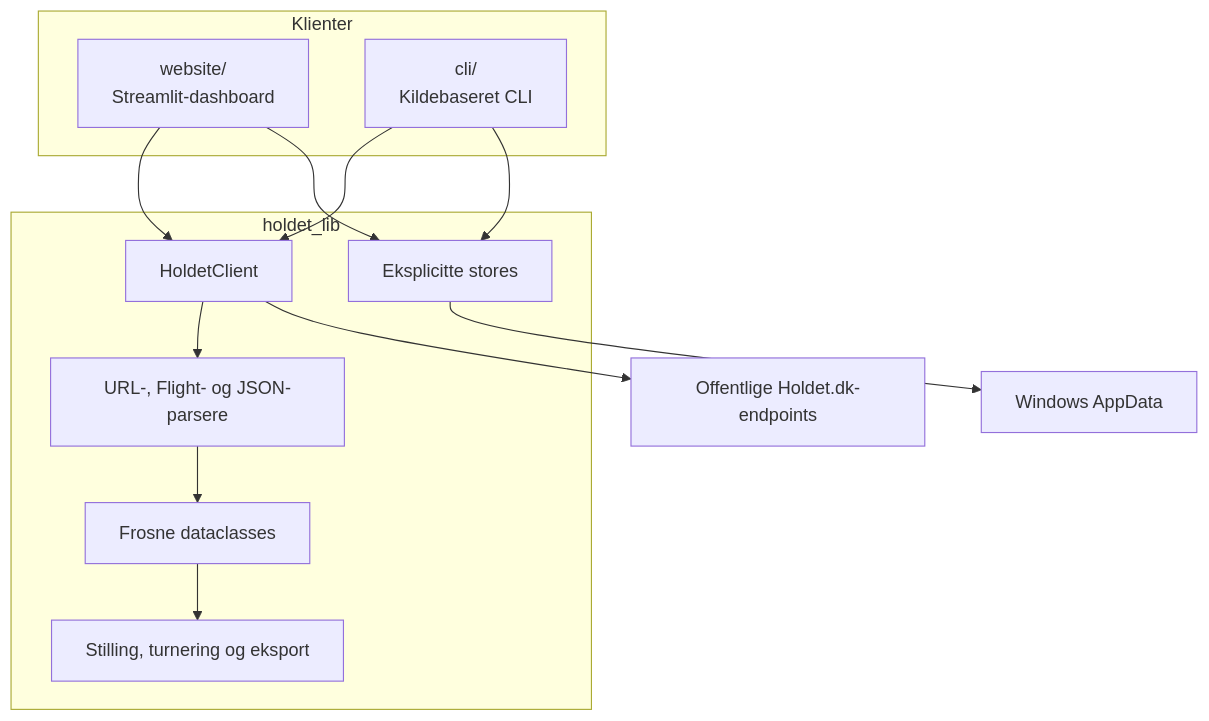
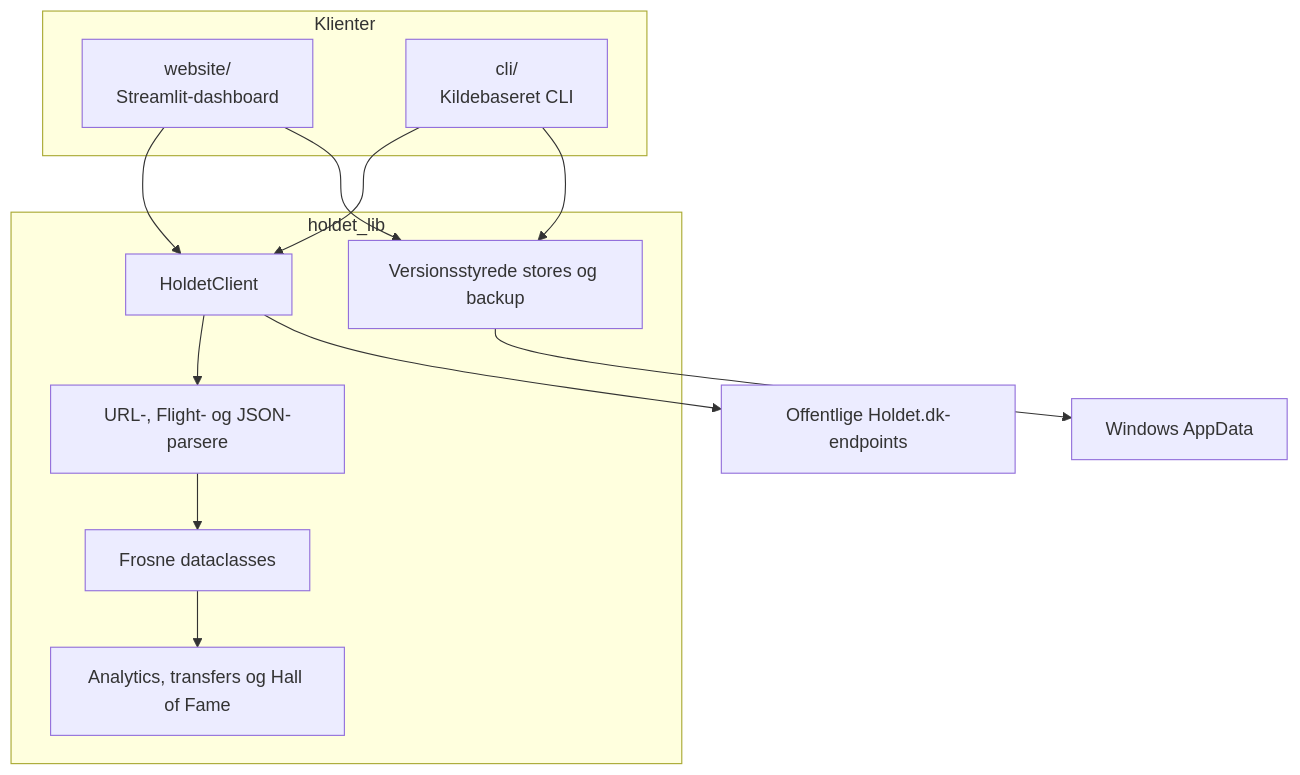
The first of 2 diagrams in docs/architecture.md (Peter537/holdet-fantasy-hub), drawn with Mermaid before and after one commit. The commit also changed other lines of this file and 24 other files, not shown here.

````diff
--- a/docs/architecture.md
+++ b/docs/architecture.md
@@ -7,25 +7,23 @@
 ```mermaid
 flowchart TB
     subgraph Clients["Klienter"]
         Web["website/\nStreamlit-dashboard"]
         Cli["cli/\nKildebaseret CLI"]
     end
-
     subgraph Library["holdet_lib"]
         Client["HoldetClient"]
         Parsing["URL-, Flight- og JSON-parsere"]
         Domain["Frosne dataclasses"]
-        Services["Stilling, turnering og eksport"]
-        Stores["Eksplicitte stores"]
+        Builders["Analytics, transfers og Hall of Fame"]
+        Stores["Versionsstyrede stores og backup"]
     end
-
     Web --> Client
     Cli --> Client
     Client --> Parsing
     Parsing --> Domain
-    Domain --> Services
+    Domain --> Builders
     Web --> Stores
     Cli --> Stores
     Stores --> AppData["Windows AppData"]
     Client --> PublicData["Offentlige Holdet.dk-endpoints"]
 ```
````
